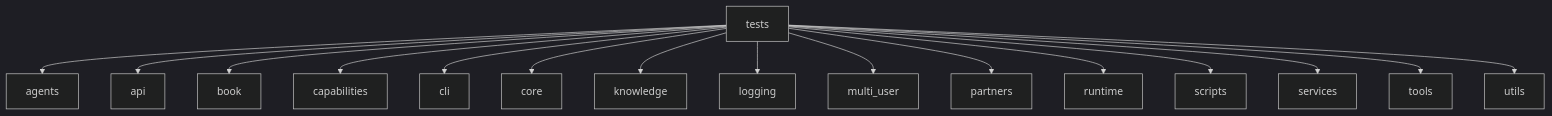
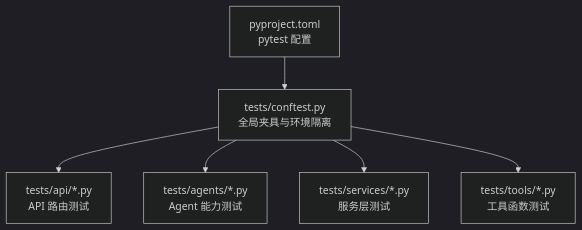
The first of 8 diagrams in .qoder/repowiki/zh/content/测试策略/单元测试.md (gongzili456/DeepTutor), drawn with Mermaid (dark theme) before and after one commit. The commit also changed other lines of this file and 1242 other files, not shown here.

````diff
--- a/.qoder/repowiki/zh/content/测试策略/单元测试.md
+++ b/.qoder/repowiki/zh/content/测试策略/单元测试.md
@@ -36,18 +32,8 @@
 ```mermaid
 graph TB
-A["tests"] --> B["agents"]
-A --> C["api"]
-A --> D["book"]
-A --> E["capabilities"]
-A --> F["cli"]
-A --> G["core"]
-A --> H["knowledge"]
-A --> I["logging"]
-A --> J["multi_user"]
-A --> K["partners"]
-A --> L["runtime"]
-A --> M["scripts"]
-A --> N["services"]
-A --> O["tools"]
-A --> P["utils"]
+A["pyproject.toml<br/>pytest 配置"] --> B["tests/conftest.py<br/>全局夹具与环境隔离"]
+B --> C["tests/api/*.py<br/>API 路由测试"]
+B --> D["tests/agents/*.py<br/>Agent 能力测试"]
+B --> E["tests/services/*.py<br/>服务层测试"]
+B --> F["tests/tools/*.py<br/>工具函数测试"]
 ```
````
